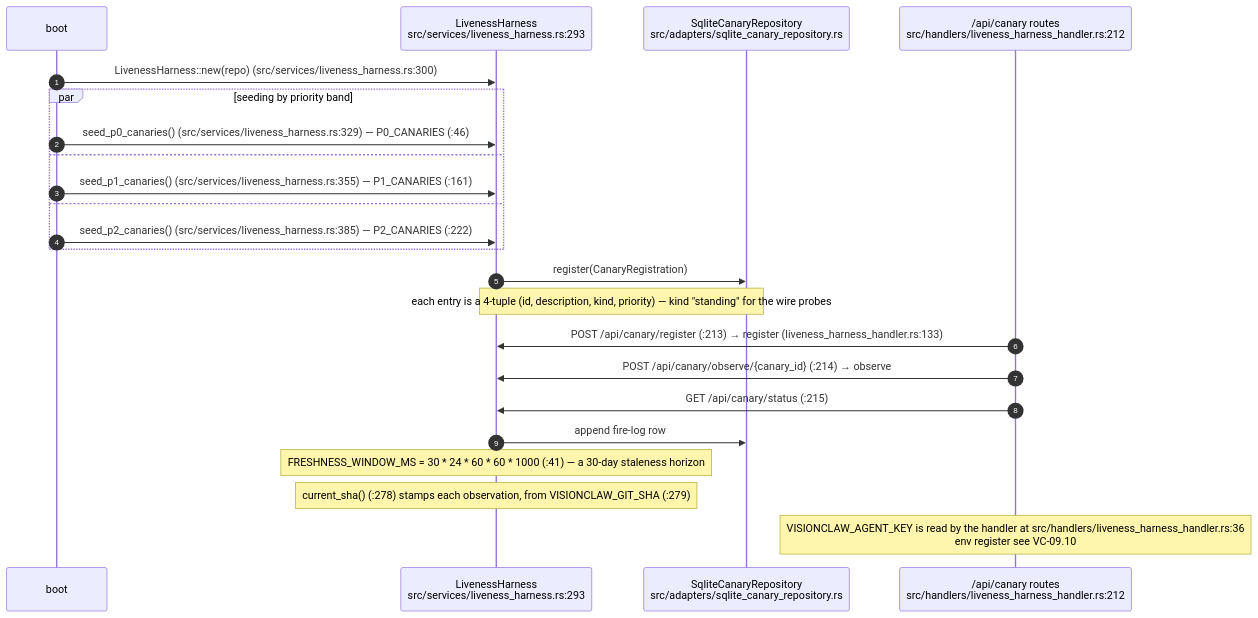
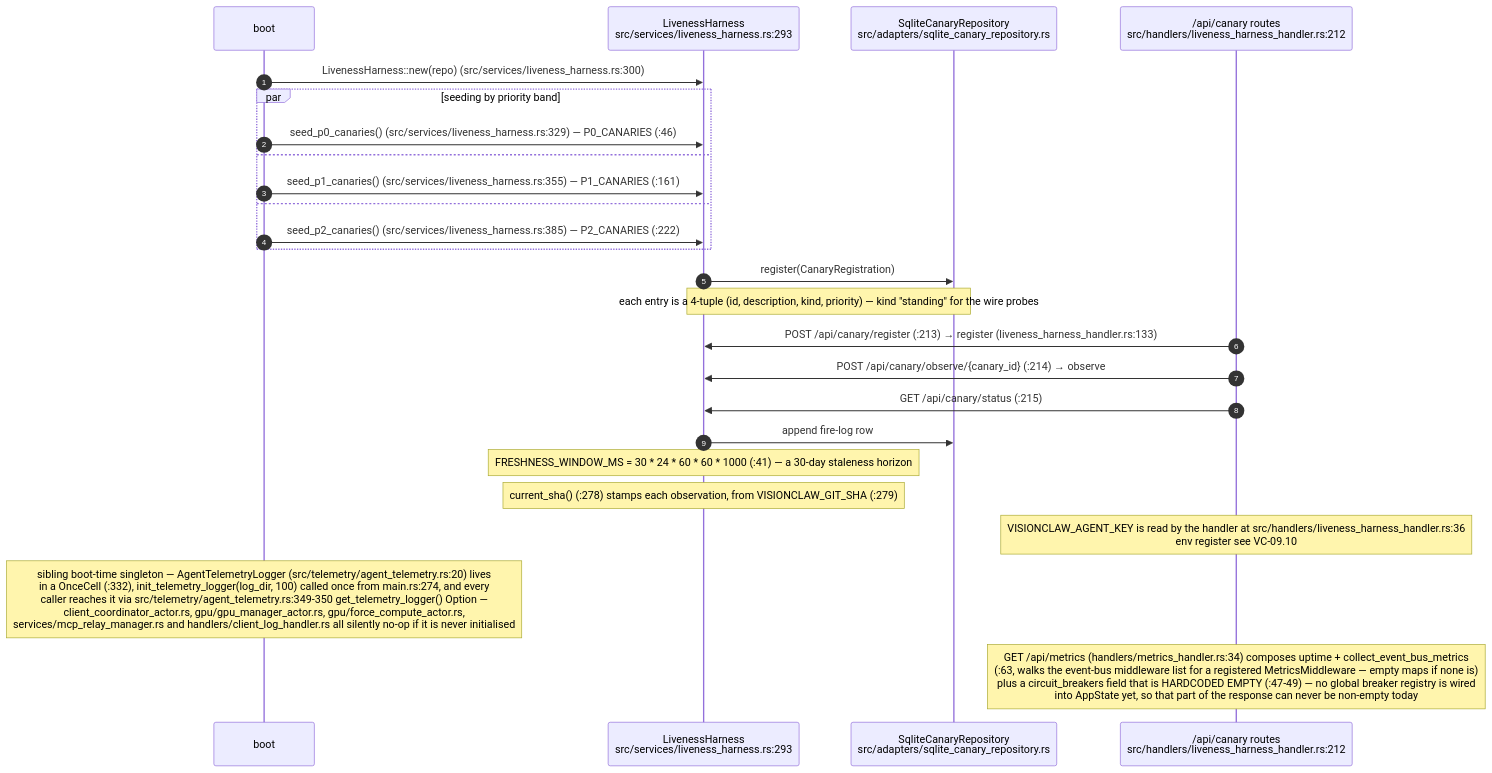
One commit to DreamLab-AI/VisionFlow changed the third of 9 diagrams in docs/diagrams/visionclaw/08-observability-health-and-dev-loop.md. Above: the diagram before and after it, drawn with Mermaid. The commit also changed other lines of this file and 136 other files, not shown here.

First line of the commit message:
docs(diagrams): refresh the whole corpus to code HEAD and prune low-value diagrams

````diff
--- a/docs/diagrams/visionclaw/08-observability-health-and-dev-loop.md
+++ b/docs/diagrams/visionclaw/08-observability-health-and-dev-loop.md
@@ -105,26 +100,28 @@
 ```mermaid
 sequenceDiagram
     autonumber
     participant B as boot
     participant LH as LivenessHarness<br/>src/services/liveness_harness.rs:293
     participant DB as SqliteCanaryRepository<br/>src/adapters/sqlite_canary_repository.rs
     participant API as /api/canary routes<br/>src/handlers/liveness_harness_handler.rs:212
 
     B->>LH: LivenessHarness::new(repo) (src/services/liveness_harness.rs:300)
     par seeding by priority band
         B->>LH: seed_p0_canaries() (src/services/liveness_harness.rs:329) — P0_CANARIES (:46)
     and
         B->>LH: seed_p1_canaries() (src/services/liveness_harness.rs:355) — P1_CANARIES (:161)
     and
         B->>LH: seed_p2_canaries() (src/services/liveness_harness.rs:385) — P2_CANARIES (:222)
     end
     LH->>DB: register(CanaryRegistration)
     Note over LH,DB: each entry is a 4-tuple (id, description, kind, priority) — kind "standing" for the wire probes
     API->>LH: POST /api/canary/register (:213) → register (liveness_harness_handler.rs:133)
     API->>LH: POST /api/canary/observe/{canary_id} (:214) → observe
     API->>LH: GET /api/canary/status (:215)
     LH->>DB: append fire-log row
     Note over LH: FRESHNESS_WINDOW_MS = 30 * 24 * 60 * 60 * 1000 (:41) — a 30-day staleness horizon
     Note over LH: current_sha() (:278) stamps each observation, from VISIONCLAW_GIT_SHA (:279)
     Note over API: VISIONCLAW_AGENT_KEY is read by the handler at src/handlers/liveness_harness_handler.rs:36<br/>env register see VC-09.10
+    Note over B: sibling boot-time singleton — AgentTelemetryLogger (src/telemetry/agent_telemetry.rs:20) lives<br/>in a OnceCell (:332), init_telemetry_logger(log_dir, 100) called once from main.rs:274, and every<br/>caller reaches it via src/telemetry/agent_telemetry.rs:349-350 get_telemetry_logger() Option —<br/>client_coordinator_actor.rs, gpu/gpu_manager_actor.rs, gpu/force_compute_actor.rs,<br/>services/mcp_relay_manager.rs and handlers/client_log_handler.rs all silently no-op if it is never initialised
+    Note over API: GET /api/metrics (handlers/metrics_handler.rs:34) composes uptime + collect_event_bus_metrics<br/>(:63, walks the event-bus middleware list for a registered MetricsMiddleware — empty maps if none is)<br/>plus a circuit_breakers field that is HARDCODED EMPTY (:47-49) — no global breaker registry is wired<br/>into AppState yet, so that part of the response can never be non-empty today
 ```
````
